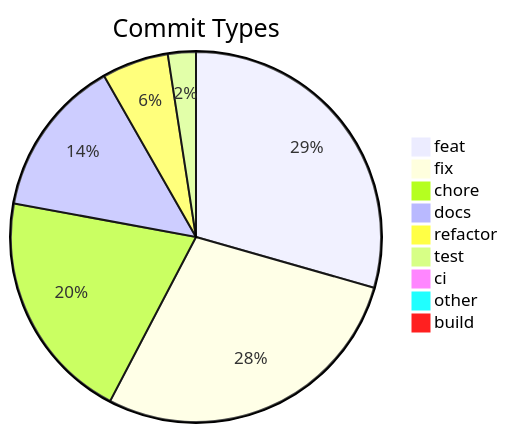
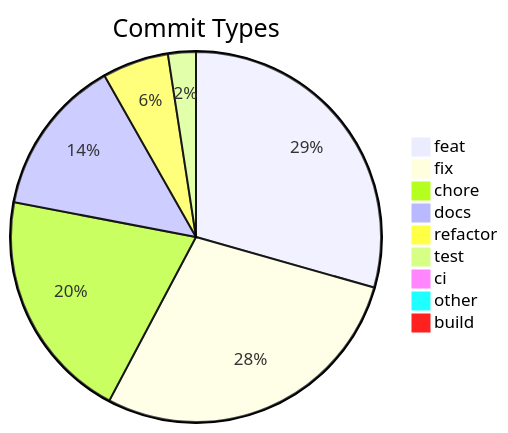
The diagram in .shipwright/compliance/change-history.md (svenroth-ai/shipwright), drawn with Mermaid before and after one commit. The commit also changed other lines of this file and 7 other files, not shown here.

````diff
--- a/.shipwright/compliance/change-history.md
+++ b/.shipwright/compliance/change-history.md
@@ -8,12 +8,12 @@
 ```mermaid
 pie title Commit Types
-    "feat" : 253
-    "fix" : 243
-    "chore" : 174
+    "feat" : 254
+    "fix" : 245
+    "chore" : 175
     "docs" : 119
     "refactor" : 50
     "test" : 21
     "ci" : 7
     "other" : 7
     "build" : 1
 ```
````
